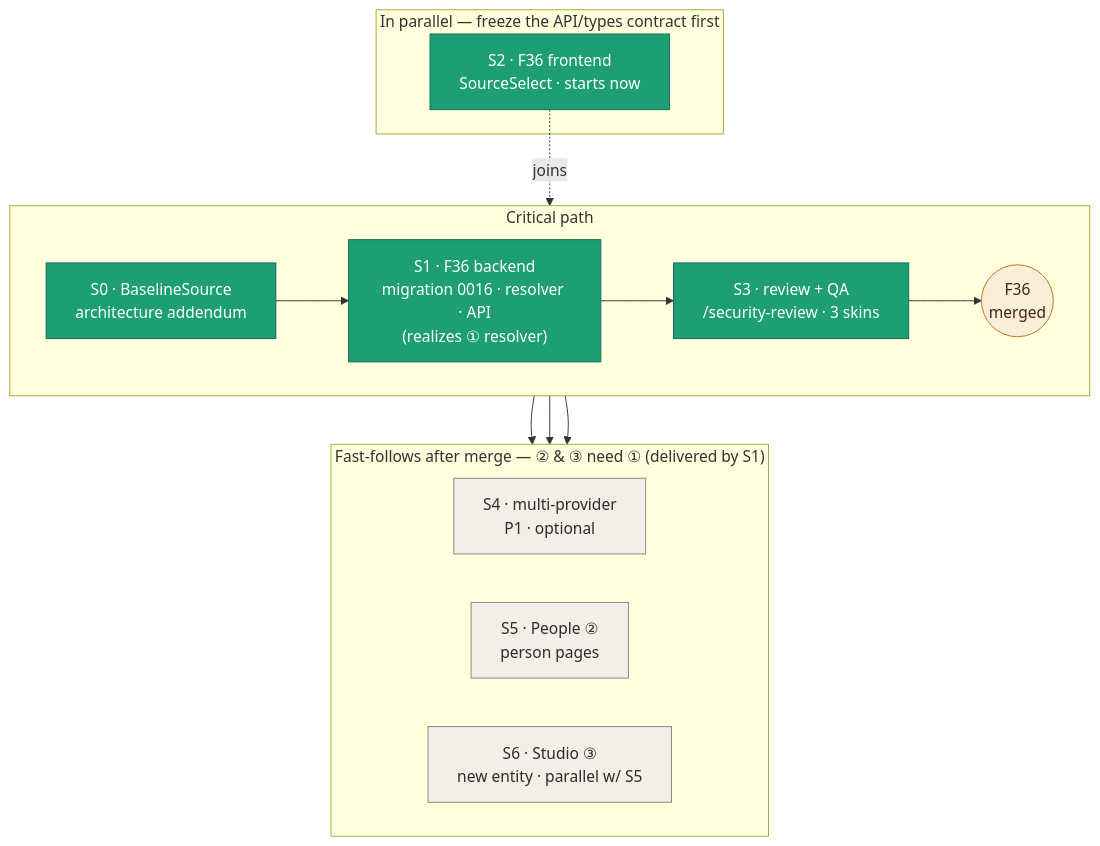
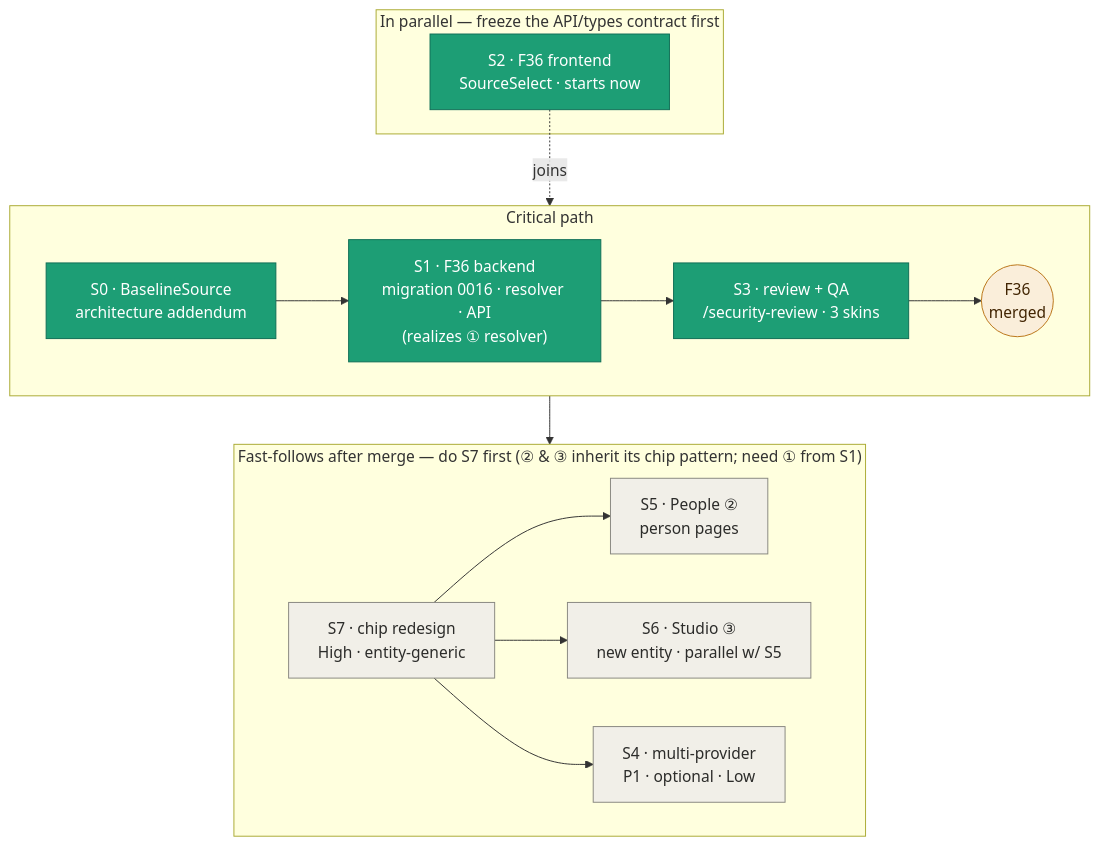
The diagram in docs/plans/field-source-of-truth-rollout.md (whoiskevinrich/holodex), drawn with Mermaid before and after one commit. The commit also changed other lines of this file, not shown here.

Commit message:
docs(F36): add fast-follow priorities + chip-redesign (S7) to the rollout plan

````diff
--- a/docs/plans/field-source-of-truth-rollout.md
+++ b/docs/plans/field-source-of-truth-rollout.md
@@ -12,31 +12,33 @@
 ```mermaid
 flowchart TB
   subgraph CP["Critical path"]
     direction LR
     S0["S0 · BaselineSource<br/>architecture addendum"] --> S1["S1 · F36 backend<br/>migration 0016 · resolver · API<br/>(realizes ① resolver)"]
     S1 --> S3["S3 · review + QA<br/>/security-review · 3 skins"]
     S3 --> M(("F36<br/>merged"))
   end
   subgraph PAR["In parallel — freeze the API/types contract first"]
     S2["S2 · F36 frontend<br/>SourceSelect · starts now"]
   end
   S2 -. joins .-> S3
-  subgraph FF["Fast-follows after merge — ② &amp; ③ need ① (delivered by S1)"]
+  subgraph FF["Fast-follows after merge — do S7 first (② &amp; ③ inherit its chip pattern; need ① from S1)"]
     direction LR
-    S4["S4 · multi-provider<br/>P1 · optional"]
+    S7["S7 · chip redesign<br/>High · entity-generic"]
     S5["S5 · People ②<br/>person pages"]
     S6["S6 · Studio ③<br/>new entity · parallel w/ S5"]
+    S4["S4 · multi-provider<br/>P1 · optional · Low"]
   end
-  M --> S4
-  M --> S5
-  M --> S6
+  M --> S7
+  S7 --> S5
+  S7 --> S6
+  S7 --> S4
 
   classDef done fill:#1d9e75,stroke:#0f6e56,color:#ffffff;
   classDef active fill:#378add,stroke:#185fa5,color:#ffffff;
   classDef pending fill:#f1efe8,stroke:#888780,color:#2c2c2a;
   classDef gate fill:#faeeda,stroke:#ba7517,color:#412402;
 
-  class S4,S5,S6 pending;
+  class S4,S5,S6,S7 pending;
   class S0,S1,S2,S3 done;
   class M gate;
 ```
````
